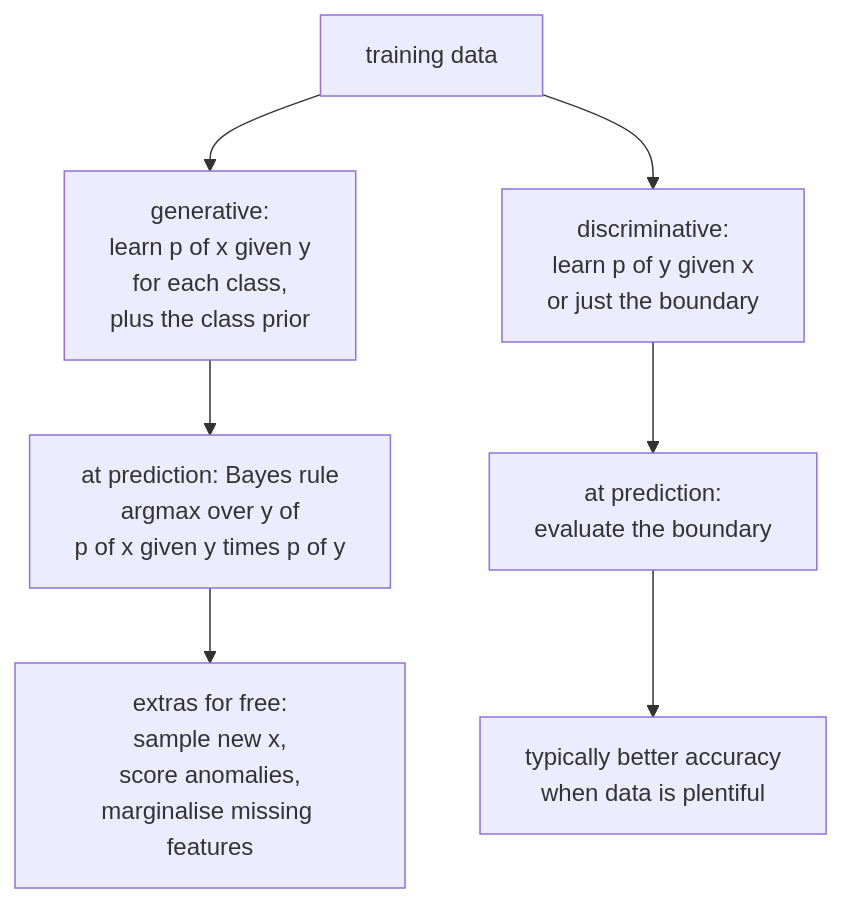
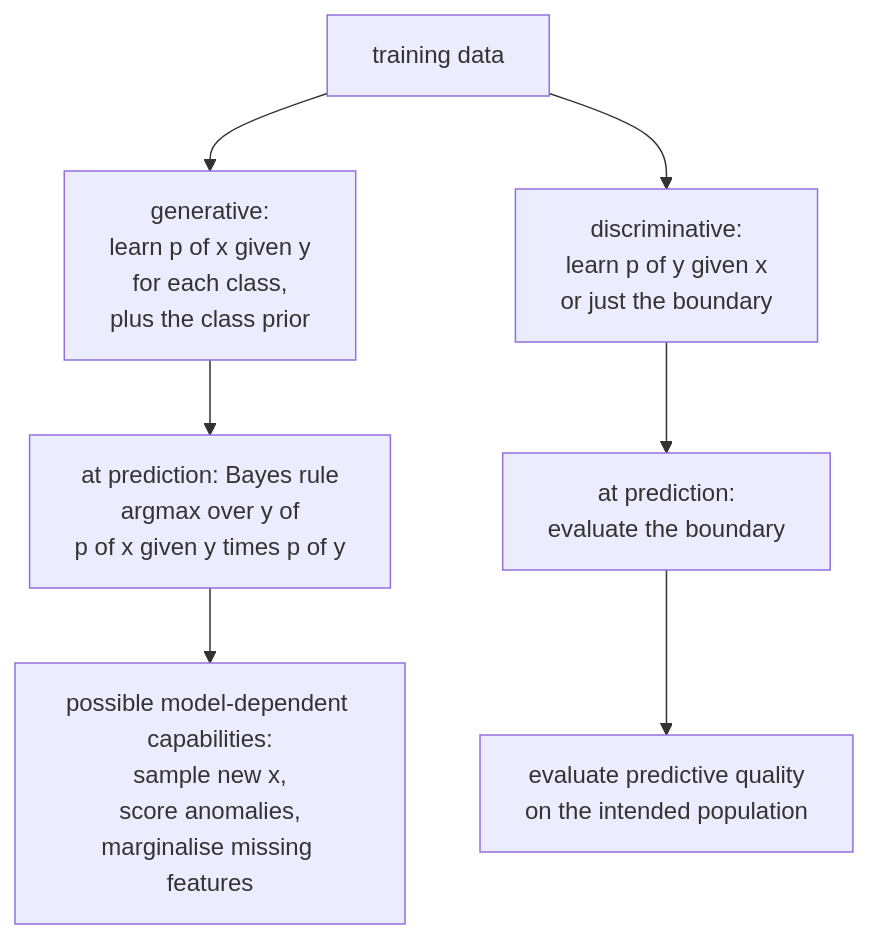
Before and after one commit to alliedbrother/ml-interview-notes: the diagram in content/notes/ml/probabilistic-and-instance-models.md, drawn with Mermaid. The commit also changed other lines of this file and 217 other files, not shown here.

````diff
--- a/content/notes/ml/probabilistic-and-instance-models.md
+++ b/content/notes/ml/probabilistic-and-instance-models.md
@@ -28,9 +27,9 @@
 ```mermaid
 flowchart TD
     D["training data"] --> G["generative:<br/>learn p of x given y<br/>for each class,<br/>plus the class prior"]
     D --> DI["discriminative:<br/>learn p of y given x<br/>or just the boundary"]
     G --> GB["at prediction: Bayes rule<br/>argmax over y of<br/>p of x given y times p of y"]
     DI --> DB["at prediction:<br/>evaluate the boundary"]
-    GB --> GX["extras for free:<br/>sample new x,<br/>score anomalies,<br/>marginalise missing features"]
-    DB --> DX["typically better accuracy<br/>when data is plentiful"]
+    GB --> GX["possible model-dependent capabilities:<br/>sample new x,<br/>score anomalies,<br/>marginalise missing features"]
+    DB --> DX["evaluate predictive quality<br/>on the intended population"]
 ```
````
